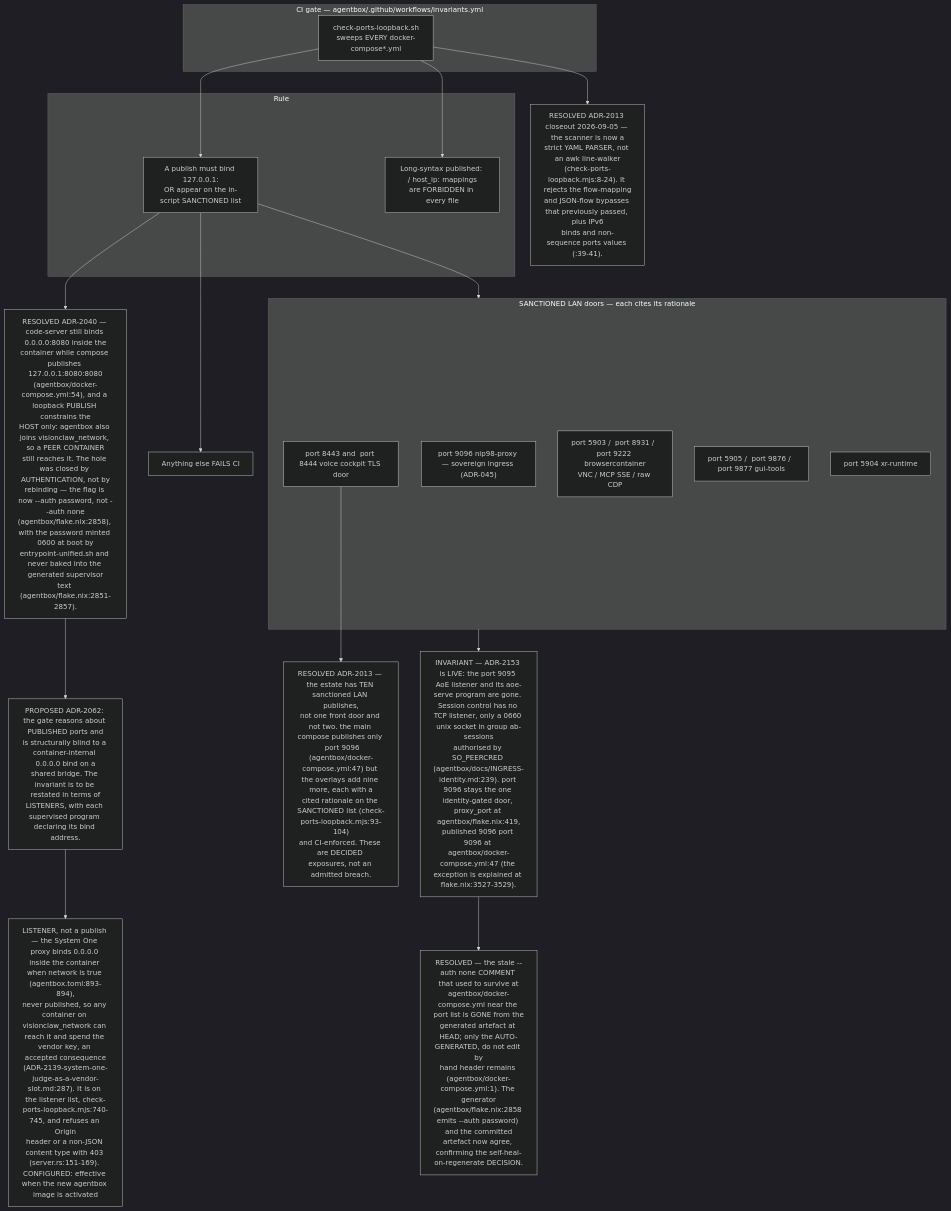
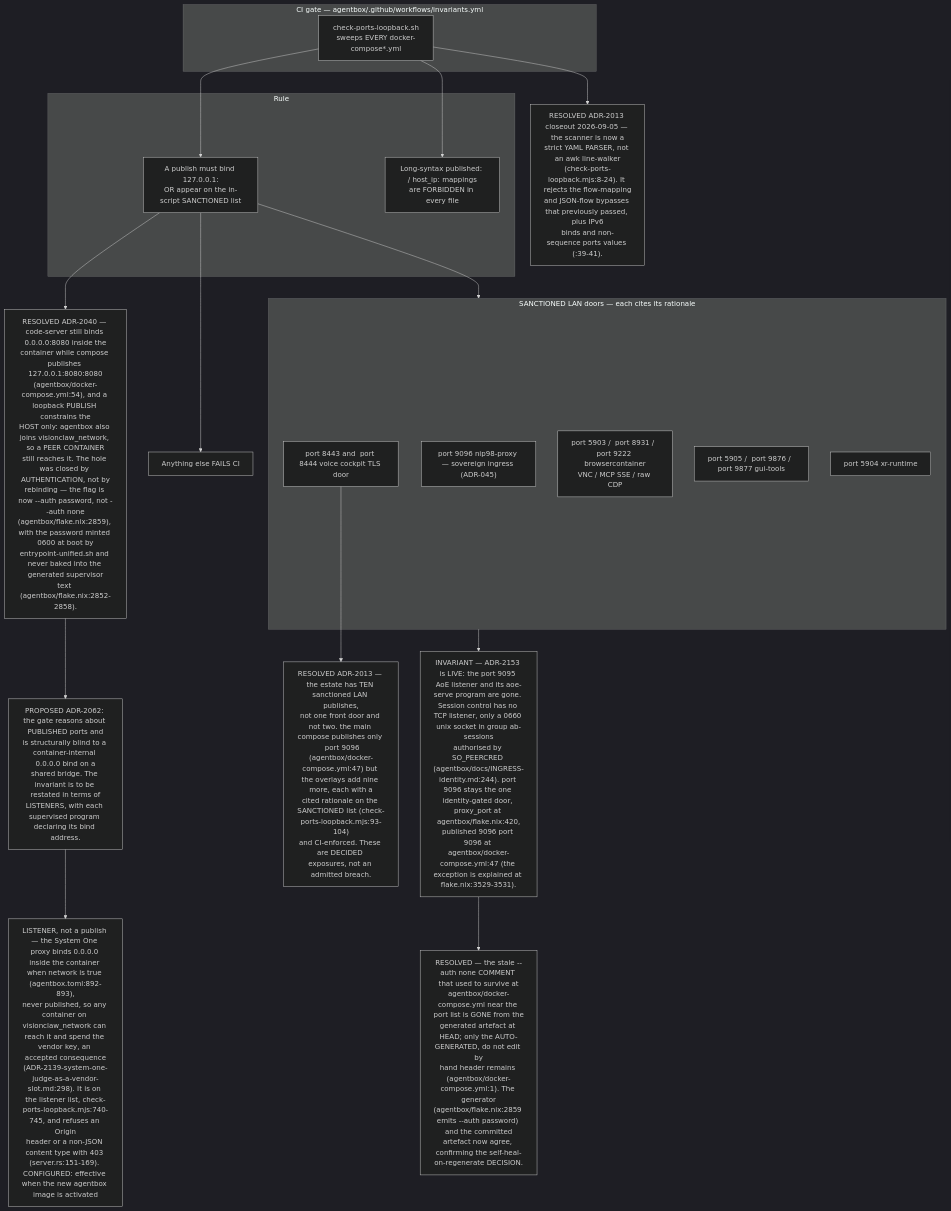
Before and after one commit to DreamLab-AI/VisionFlow: the eighth of 11 diagrams in docs/diagrams/estate/10-deployment-and-security-profiles.md, drawn with Mermaid (dark theme). The commit also changed other lines of this file and 91 other files, not shown here.

````diff
--- a/docs/diagrams/estate/10-deployment-and-security-profiles.md
+++ b/docs/diagrams/estate/10-deployment-and-security-profiles.md
@@ -325,38 +330,38 @@
 ```mermaid
 flowchart TB
     subgraph ci["CI gate — agentbox/.github/workflows/invariants.yml"]
         SC["check-ports-loopback.sh<br/>sweeps EVERY docker-compose*.yml"]
     end
     subgraph rule["Rule"]
         R1["A publish must bind 127.0.0.1:<br/>OR appear on the in-script SANCTIONED list"]
         R2["Long-syntax published: / host_ip: mappings<br/>are FORBIDDEN in every file"]
     end
     subgraph sanctioned["SANCTIONED LAN doors — each cites its rationale"]
         P1[" port 9096 nip98-proxy — sovereign ingress (ADR-045)"]
         P2[" port 8443 and  port 8444 voice cockpit TLS door"]
         P3[" port 5903 /  port 8931 /  port 9222 browsercontainer<br/>VNC / MCP SSE / raw CDP"]
         P4[" port 5905 /  port 9876 /  port 9877 gui-tools"]
         P5[" port 5904 xr-runtime"]
     end
     FAIL["Anything else FAILS CI"]
-    INV["INVARIANT — ADR-2153 is LIVE: the port 9095 AoE listener and its aoe-serve program are gone. Session control has no TCP listener, only a 0660 unix socket in group ab-sessions<br/>authorised by SO_PEERCRED (agentbox/docs/INGRESS-identity.md:239). port 9096 stays the one identity-gated door, proxy_port at agentbox/flake.nix:419,<br/>published 9096 port 9096 at agentbox/docker-compose.yml:47 (the exception is explained at flake.nix:3527-3529)."]
+    INV["INVARIANT — ADR-2153 is LIVE: the port 9095 AoE listener and its aoe-serve program are gone. Session control has no TCP listener, only a 0660 unix socket in group ab-sessions<br/>authorised by SO_PEERCRED (agentbox/docs/INGRESS-identity.md:244). port 9096 stays the one identity-gated door, proxy_port at agentbox/flake.nix:420,<br/>published 9096 port 9096 at agentbox/docker-compose.yml:47 (the exception is explained at flake.nix:3529-3531)."]
     D1["RESOLVED ADR-2013 — the estate has TEN sanctioned LAN publishes,<br/>not one front door and not two. the main compose publishes only  port 9096<br/>(agentbox/docker-compose.yml:47) but the overlays add nine more, each with a<br/>cited rationale on the SANCTIONED list (check-ports-loopback.mjs:93-104)<br/>and CI-enforced. These are DECIDED exposures, not an admitted breach."]
     D2["RESOLVED ADR-2013 closeout 2026-09-05 — the scanner is now a<br/>strict YAML PARSER, not an awk line-walker<br/>(check-ports-loopback.mjs:8-24). It rejects the flow-mapping<br/>and JSON-flow bypasses that previously passed, plus IPv6<br/>binds and non-sequence ports values (:39-41)."]
-    D3["RESOLVED ADR-2040 — code-server still binds 0.0.0.0:8080 inside the<br/>container while compose publishes 127.0.0.1:8080:8080<br/>(agentbox/docker-compose.yml:54), and a loopback PUBLISH constrains the<br/>HOST only: agentbox also joins visionclaw_network, so a PEER CONTAINER<br/>still reaches it. The hole was closed by AUTHENTICATION, not by<br/>rebinding — the flag is now --auth password, not --auth none<br/>(agentbox/flake.nix:2858), with the password minted 0600 at boot by<br/>entrypoint-unified.sh and never baked into the generated supervisor<br/>text (agentbox/flake.nix:2851-2857)."]
+    D3["RESOLVED ADR-2040 — code-server still binds 0.0.0.0:8080 inside the<br/>container while compose publishes 127.0.0.1:8080:8080<br/>(agentbox/docker-compose.yml:54), and a loopback PUBLISH constrains the<br/>HOST only: agentbox also joins visionclaw_network, so a PEER CONTAINER<br/>still reaches it. The hole was closed by AUTHENTICATION, not by<br/>rebinding — the flag is now --auth password, not --auth none<br/>(agentbox/flake.nix:2859), with the password minted 0600 at boot by<br/>entrypoint-unified.sh and never baked into the generated supervisor<br/>text (agentbox/flake.nix:2852-2858)."]
     D5["PROPOSED ADR-2062: the gate reasons about PUBLISHED ports and<br/>is structurally blind to a container-internal 0.0.0.0 bind on a<br/>shared bridge. The invariant is to be restated in terms of<br/>LISTENERS, with each supervised program declaring its bind address."]
-    D4["RESOLVED — the stale --auth none COMMENT that used to survive at<br/>agentbox/docker-compose.yml near the port list is GONE from the<br/>generated artefact at HEAD; only the AUTO-GENERATED, do not edit by<br/>hand header remains (agentbox/docker-compose.yml:1). The generator<br/>(agentbox/flake.nix:2858 emits --auth password) and the committed<br/>artefact now agree, confirming the self-heal-on-regenerate DECISION."]
+    D4["RESOLVED — the stale --auth none COMMENT that used to survive at<br/>agentbox/docker-compose.yml near the port list is GONE from the<br/>generated artefact at HEAD; only the AUTO-GENERATED, do not edit by<br/>hand header remains (agentbox/docker-compose.yml:1). The generator<br/>(agentbox/flake.nix:2859 emits --auth password) and the committed<br/>artefact now agree, confirming the self-heal-on-regenerate DECISION."]
 
-    D6["LISTENER, not a publish — the System One proxy binds 0.0.0.0 inside the container when network is true (agentbox.toml:893-894),<br/>never published, so any container on visionclaw_network can reach it and spend the vendor key, an accepted consequence<br/>(ADR-2139-system-one-judge-as-a-vendor-slot.md:287). It is on the listener list, check-ports-loopback.mjs:740-745, and refuses an Origin<br/>header or a non-JSON content type with 403 (server.rs:151-169). CONFIGURED: effective when the new agentbox image is activated"]
+    D6["LISTENER, not a publish — the System One proxy binds 0.0.0.0 inside the container when network is true (agentbox.toml:892-893),<br/>never published, so any container on visionclaw_network can reach it and spend the vendor key, an accepted consequence<br/>(ADR-2139-system-one-judge-as-a-vendor-slot.md:298). It is on the listener list, check-ports-loopback.mjs:740-745, and refuses an Origin<br/>header or a non-JSON content type with 403 (server.rs:151-169). CONFIGURED: effective when the new agentbox image is activated"]
 
     SC --> R1
     SC --> R2
     R1 --> sanctioned
     R1 --> FAIL
     sanctioned --> INV
     P2 --> D1
     SC --> D2
     R1 --> D3
     INV --> D4
     D3 --> D5
     D5 --> D6
 ```
````
